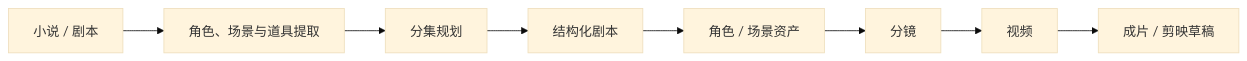
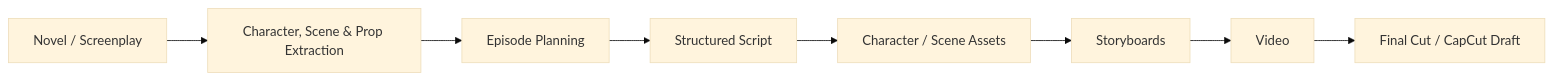
Before and after one commit to ArcReel/ArcReel: the second of 3 diagrams in website/i18n/en/docusaurus-plugin-content-docs/current/guide/workflows.md, drawn with Mermaid (base theme). The commit also changed other lines of this file and 9 other files, not shown here.

````diff
--- a/website/i18n/en/docusaurus-plugin-content-docs/current/guide/workflows.md
+++ b/website/i18n/en/docusaurus-plugin-content-docs/current/guide/workflows.md
@@ -134,10 +134,10 @@
 ```mermaid
 flowchart LR
-    A["小说 / 剧本"] --> B["角色、场景与道具提取"]
-    B --> C["分集规划"]
-    C --> D["结构化剧本"]
-    D --> E["角色 / 场景资产"]
-    E --> F["分镜"]
-    F --> G["视频"]
-    G --> H["成片 / 剪映草稿"]
+    A["Novel / Screenplay"] --> B["Character, Scene & Prop Extraction"]
+    B --> C["Episode Planning"]
+    C --> D["Structured Script"]
+    D --> E["Character / Scene Assets"]
+    E --> F["Storyboards"]
+    F --> G["Video"]
+    G --> H["Final Cut / CapCut Draft"]
 ```
````
